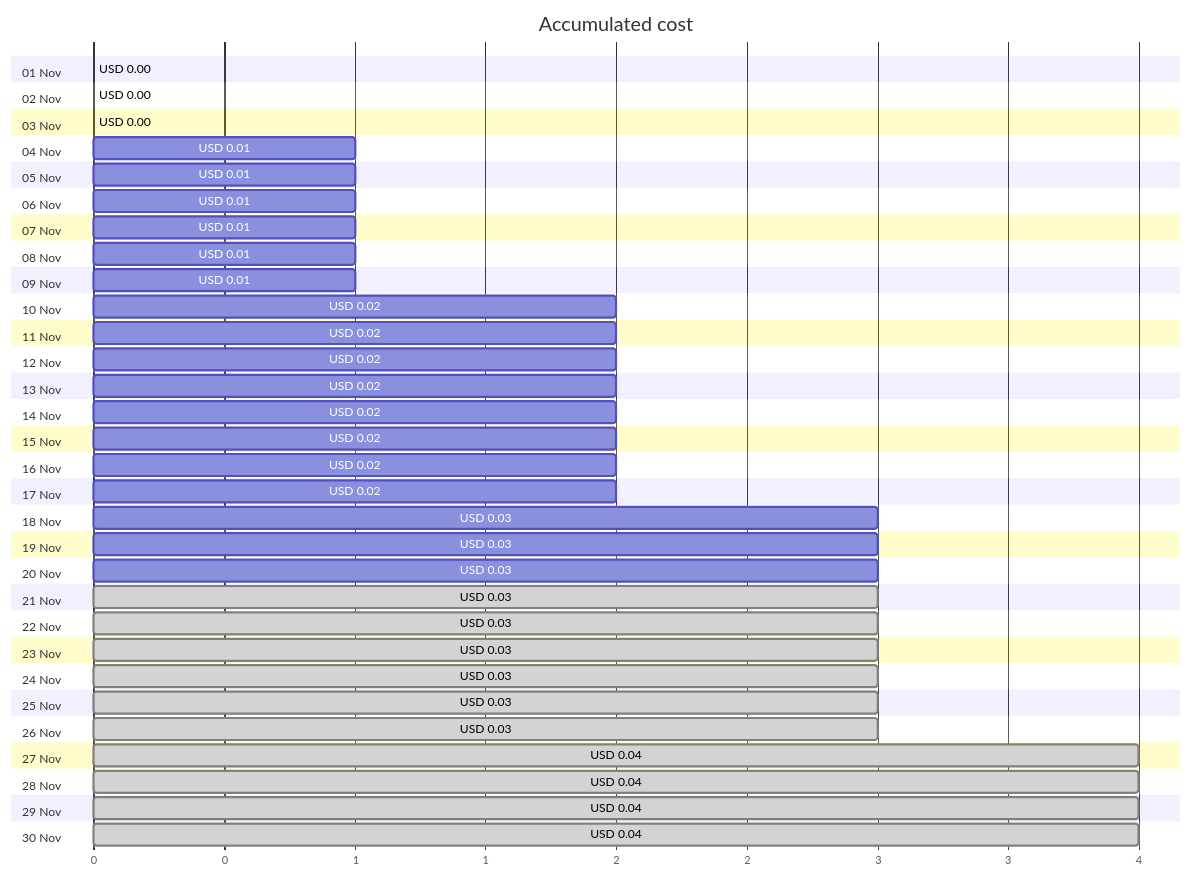
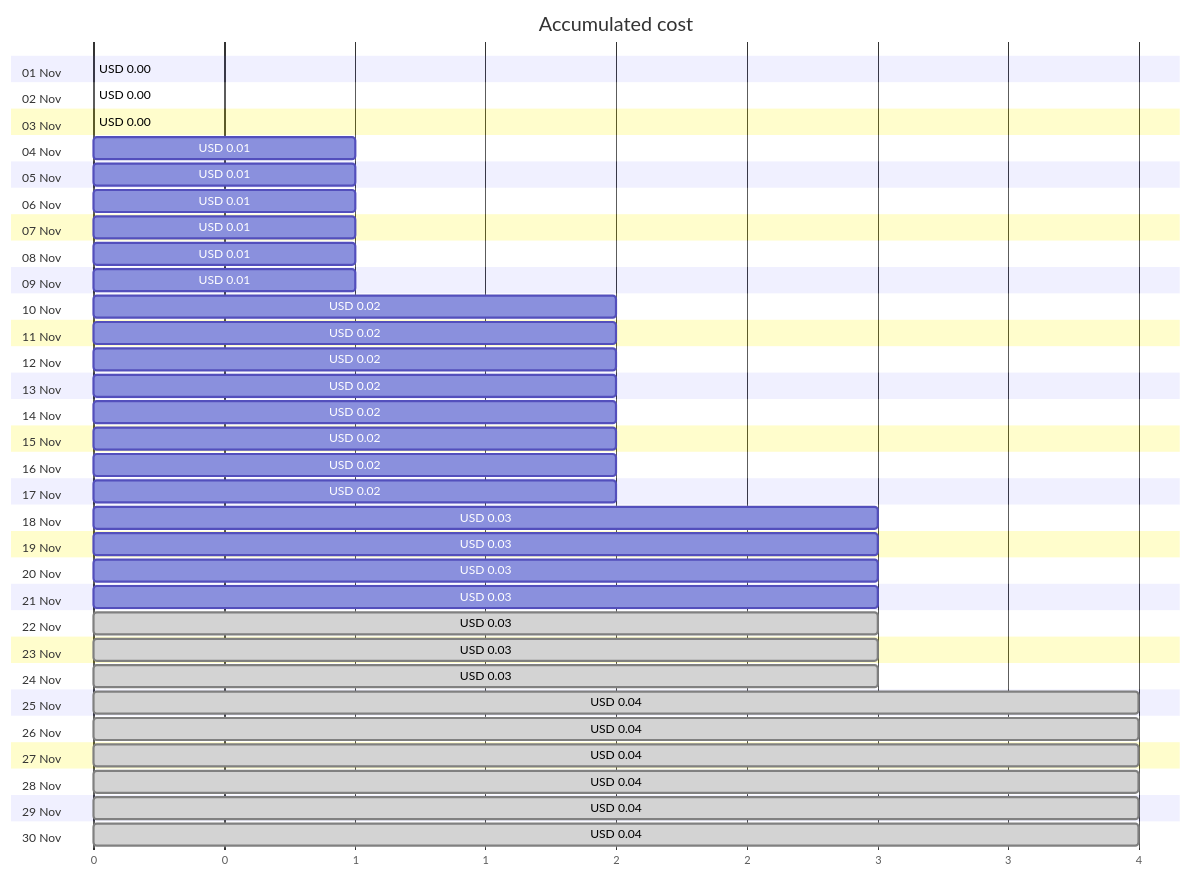
Before and after one commit to jpfulton/azure-personal-reports: the first of 4 diagrams in cost-reports/personal-site/personalsiteapistorage.md, drawn with Mermaid. The commit also changed other lines of this file and 7 other files, not shown here.

````diff
--- a/cost-reports/personal-site/personalsiteapistorage.md
+++ b/cost-reports/personal-site/personalsiteapistorage.md
@@ -20,66 +20,66 @@
 ```mermaid
 gantt
    title Accumulated cost
    dateFormat  X
    axisFormat %s
    section 01 Nov
    USD 0.00 :0, 0
    section 02 Nov
    USD 0.00 :0, 0
    section 03 Nov
    USD 0.00 :0, 0
    section 04 Nov
    USD 0.01 :0, 1
    section 05 Nov
    USD 0.01 :0, 1
    section 06 Nov
    USD 0.01 :0, 1
    section 07 Nov
    USD 0.01 :0, 1
    section 08 Nov
    USD 0.01 :0, 1
    section 09 Nov
    USD 0.01 :0, 1
    section 10 Nov
    USD 0.02 :0, 2
    section 11 Nov
    USD 0.02 :0, 2
    section 12 Nov
    USD 0.02 :0, 2
    section 13 Nov
    USD 0.02 :0, 2
    section 14 Nov
    USD 0.02 :0, 2
    section 15 Nov
    USD 0.02 :0, 2
    section 16 Nov
    USD 0.02 :0, 2
    section 17 Nov
    USD 0.02 :0, 2
    section 18 Nov
    USD 0.03 :0, 3
    section 19 Nov
    USD 0.03 :0, 3
    section 20 Nov
    USD 0.03 :0, 3
    section 21 Nov
-   USD 0.03 : done, 0, 3
+   USD 0.03 :0, 3
    section 22 Nov
    USD 0.03 : done, 0, 3
    section 23 Nov
    USD 0.03 : done, 0, 3
    section 24 Nov
    USD 0.03 : done, 0, 3
    section 25 Nov
-   USD 0.03 : done, 0, 3
+   USD 0.04 : done, 0, 4
    section 26 Nov
-   USD 0.03 : done, 0, 3
+   USD 0.04 : done, 0, 4
    section 27 Nov
    USD 0.04 : done, 0, 4
    section 28 Nov
    USD 0.04 : done, 0, 4
    section 29 Nov
    USD 0.04 : done, 0, 4
    section 30 Nov
    USD 0.04 : done, 0, 4
 ```
````
